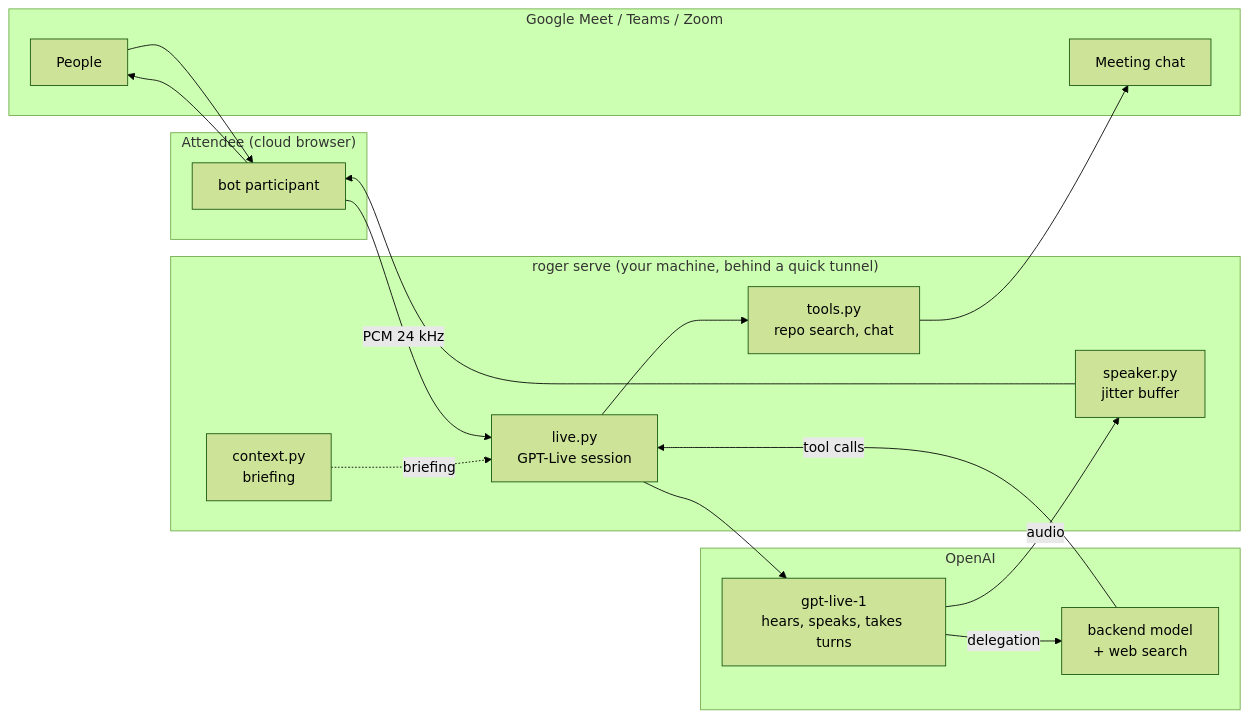
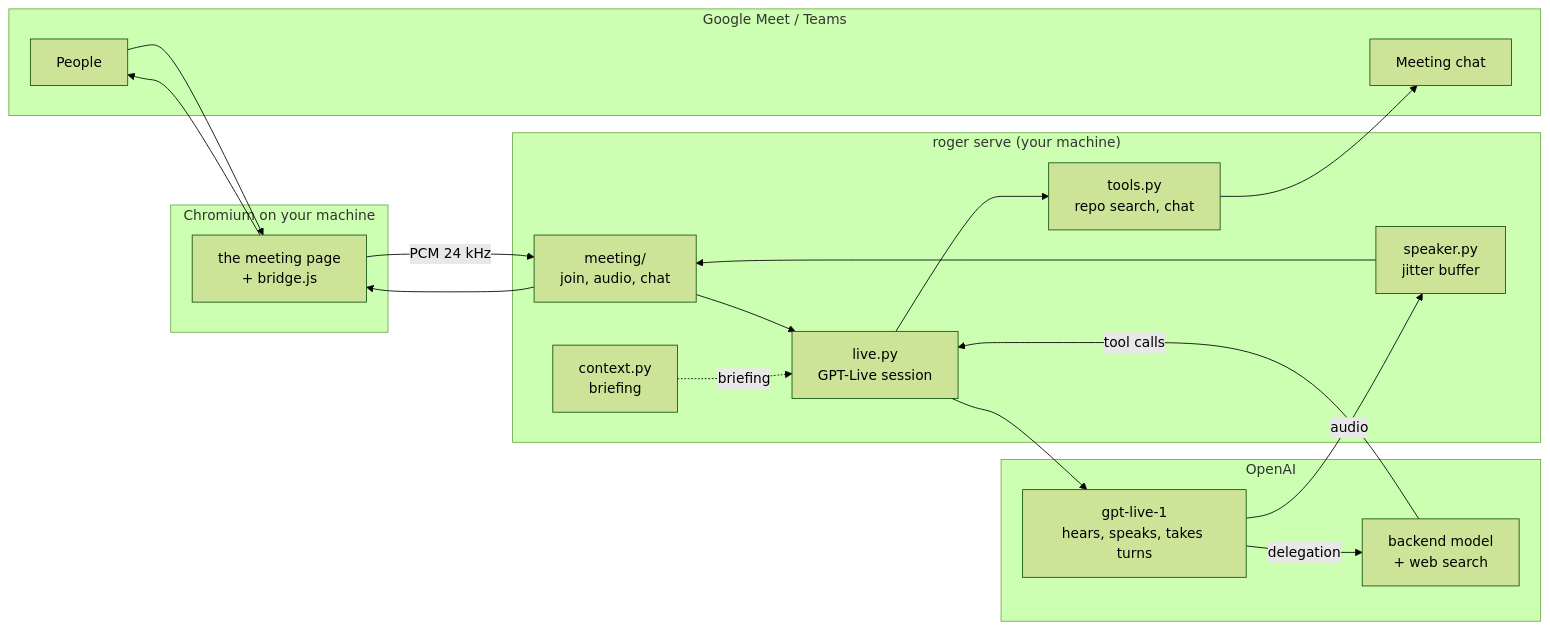
Before and after one commit to nitish20899/roger: the diagram in docs/ARCHITECTURE.md, drawn with Mermaid (forest theme). The commit also changed other lines of this file and 24 other files, not shown here.

````diff
--- a/docs/ARCHITECTURE.md
+++ b/docs/ARCHITECTURE.md
@@ -7,25 +7,26 @@
 ```mermaid
 flowchart LR
-  subgraph Meeting["Google Meet / Teams / Zoom"]
+  subgraph Meeting["Google Meet / Teams"]
     P[People]
     C[Meeting chat]
   end
-  subgraph A["Attendee (cloud browser)"]
-    BOT[bot participant]
+  subgraph B["Chromium on your machine"]
+    PAGE[the meeting page<br/>+ bridge.js]
   end
-  subgraph R["roger serve (your machine, behind a quick tunnel)"]
+  subgraph R["roger serve (your machine)"]
+    MEET[meeting/<br/>join, audio, chat]
     LIVE[live.py<br/>GPT-Live session]
     SPK[speaker.py<br/>jitter buffer]
     TOOLS[tools.py<br/>repo search, chat]
     CTX[context.py<br/>briefing]
   end
   subgraph OAI["OpenAI"]
     GL[gpt-live-1<br/>hears, speaks, takes turns]
     BE[backend model<br/>+ web search]
   end
-  P --> BOT -- PCM 24 kHz --> LIVE --> GL
+  P --> PAGE -- PCM 24 kHz --> MEET --> LIVE --> GL
   GL -- delegation --> BE -- tool calls --> LIVE --> TOOLS
-  GL -- audio --> SPK --> BOT --> P
+  GL -- audio --> SPK --> MEET --> PAGE --> P
   TOOLS --> C
   CTX -.briefing.-> LIVE
 ```
````
